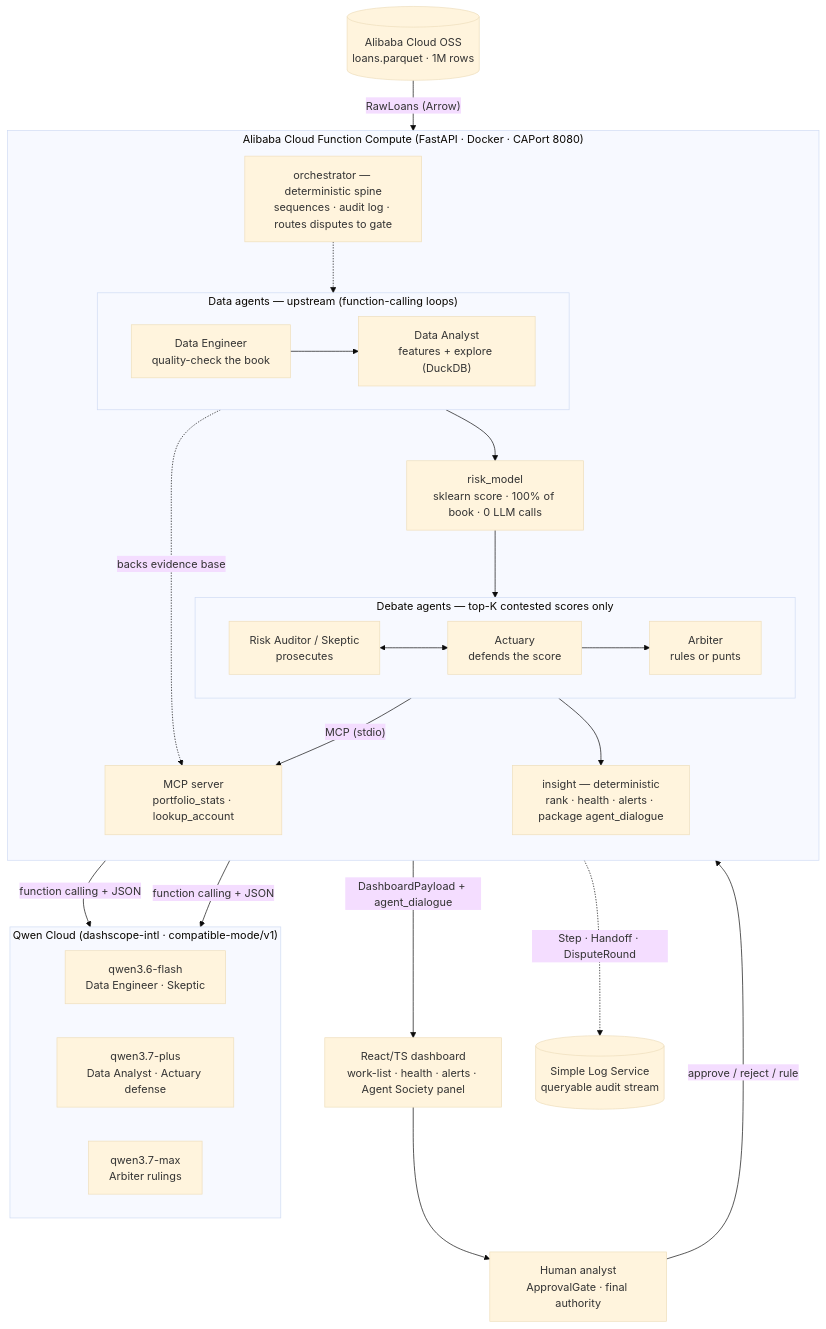
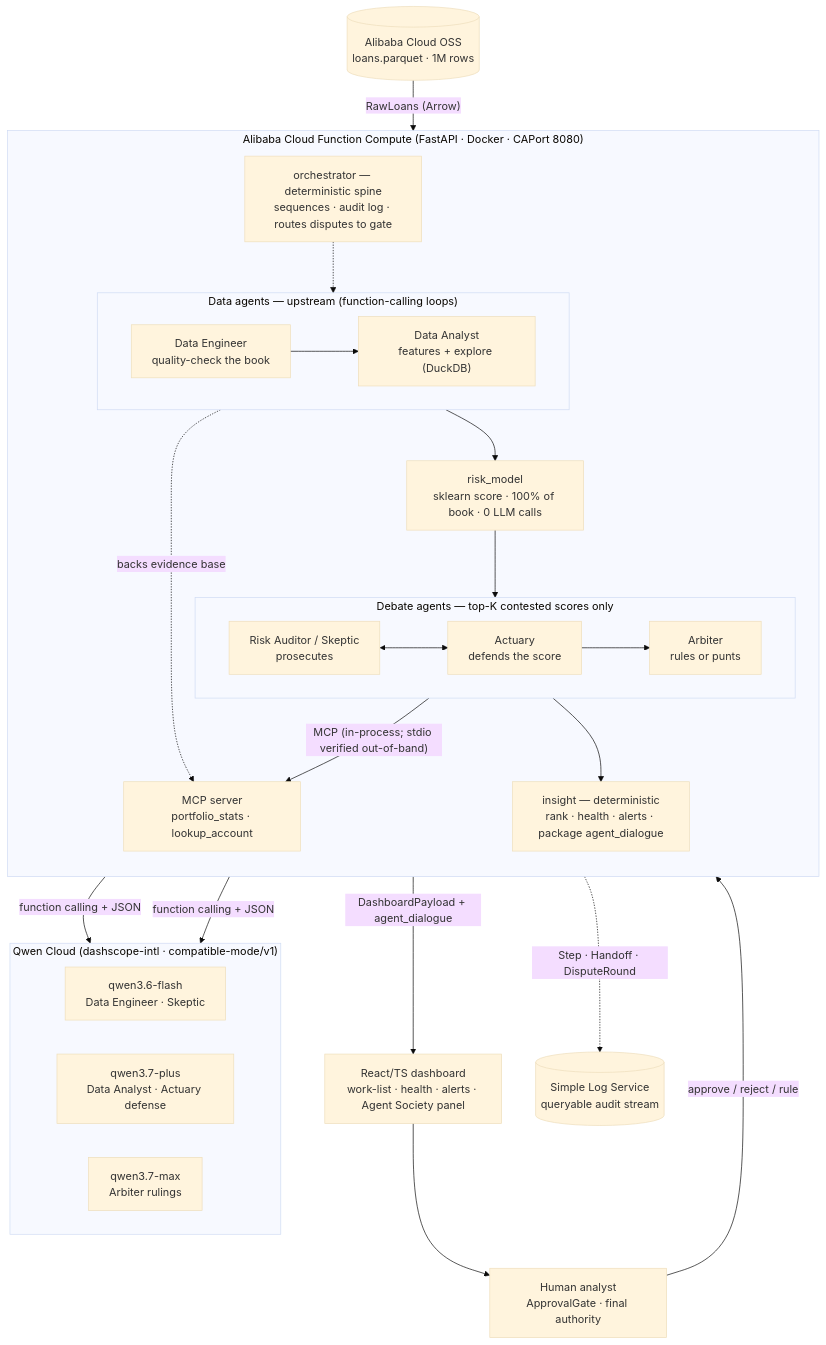
Before and after one commit to MFarizalA/waspada: the second of 2 diagrams in HACKATHON.md, drawn with Mermaid (base theme). The commit also changed other lines of this file and 1 other file, not shown here.

First line of the commit message:
fix(conformance): A6 bcrypt pin + A7 cost/service-count precision + A5 MCP transport

````diff
--- a/HACKATHON.md
+++ b/HACKATHON.md
@@ -245,44 +249,44 @@
 ```mermaid
 flowchart TB
     OSS[("Alibaba Cloud OSS<br/>loans.parquet · 1M rows")]
 
     subgraph FC["Alibaba Cloud Function Compute (FastAPI · Docker · CAPort 8080)"]
         direction TB
         ORCH["orchestrator — deterministic spine<br/>sequences · audit log · routes disputes to gate"]
         subgraph DATA["Data agents — upstream (function-calling loops)"]
             direction LR
             DE["Data Engineer<br/>quality-check the book"] --> DA["Data Analyst<br/>features + explore (DuckDB)"]
         end
         RM["risk_model<br/>sklearn score · 100% of book · 0 LLM calls"]
         subgraph DEBATE["Debate agents — top-K contested scores only"]
             direction LR
             SK["Risk Auditor / Skeptic<br/>prosecutes"] <--> AC["Actuary<br/>defends the score"]
             AC --> AR["Arbiter<br/>rules or punts"]
         end
         INS["insight — deterministic<br/>rank · health · alerts · package agent_dialogue"]
         MCP["MCP server<br/>portfolio_stats · lookup_account"]
 
         ORCH -.-> DATA
         DA --> RM --> DEBATE --> INS
         DA -. "backs evidence base" .-> MCP
-        SK -- "MCP (stdio)" --> MCP
+        SK -- "MCP (in-process; stdio verified out-of-band)" --> MCP
     end
 
     subgraph QC["Qwen Cloud (dashscope-intl · compatible-mode/v1)"]
         F["qwen3.6-flash<br/>Data Engineer · Skeptic"]
         P["qwen3.7-plus<br/>Data Analyst · Actuary defense"]
         M["qwen3.7-max<br/>Arbiter rulings"]
     end
 
     UI["React/TS dashboard<br/>work-list · health · alerts · Agent Society panel"]
     HU["Human analyst<br/>ApprovalGate · final authority"]
     SLS[("Simple Log Service<br/>queryable audit stream")]
 
     OSS -- "RawLoans (Arrow)" --> DE
     DATA -- "function calling + JSON" --> QC
     DEBATE -- "function calling + JSON" --> QC
     INS -- "DashboardPayload + agent_dialogue" --> UI
     UI --> HU
     HU -- "approve / reject / rule" --> ORCH
     FC -. "Step · Handoff · DisputeRound" .-> SLS
 ```
````
